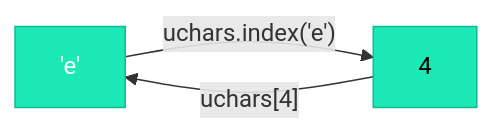
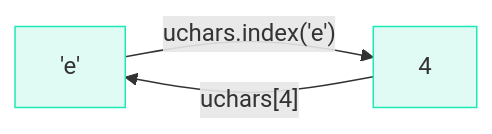
One commit to iamkhalid2/microgpt-course changed the diagram in docs/01-data-and-tokenization/01-characters-as-numbers.md. Above: the diagram before and after it, drawn with Mermaid. The commit also changed 21 other files, not shown here.

Commit message:
Fix Mermaid: remove hardcoded text color (theme-adaptive), add mobile scrolling, fix \\n to br

````diff
--- a/docs/01-data-and-tokenization/01-characters-as-numbers.md
+++ b/docs/01-data-and-tokenization/01-characters-as-numbers.md
@@ -68,8 +68,8 @@
 ```mermaid
 flowchart LR
     A["'e'"] -- "uchars.index('e')" --> B["4"]
     B -- "uchars[4]" --> A
 
-    style A fill:#1de9b6,stroke:#0db99a,color:#fff
-    style B fill:#1de9b6,stroke:#0db99a,color:#000
+    style A fill:#e0faf4,stroke:#1de9b6
+    style B fill:#e0faf4,stroke:#1de9b6
 ```
````
